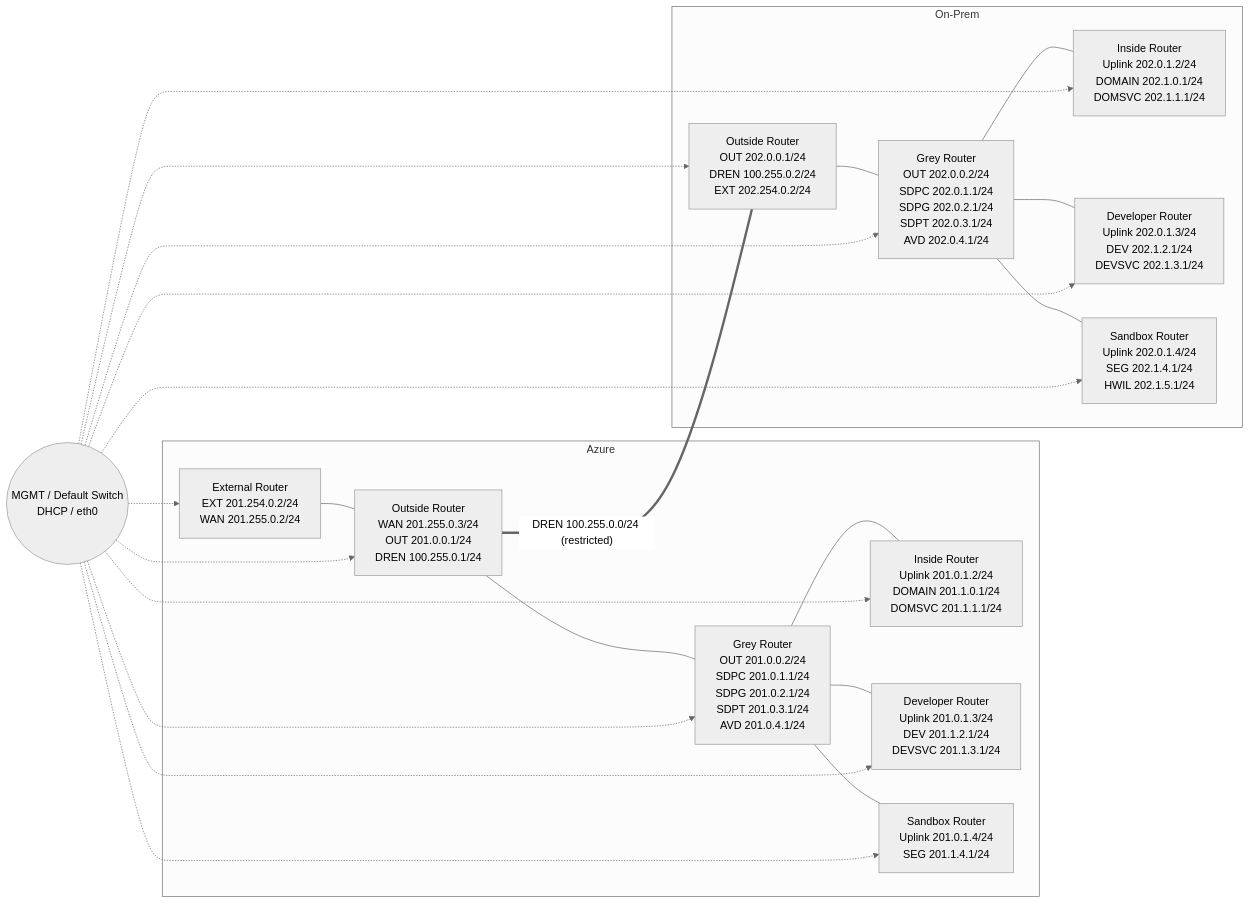
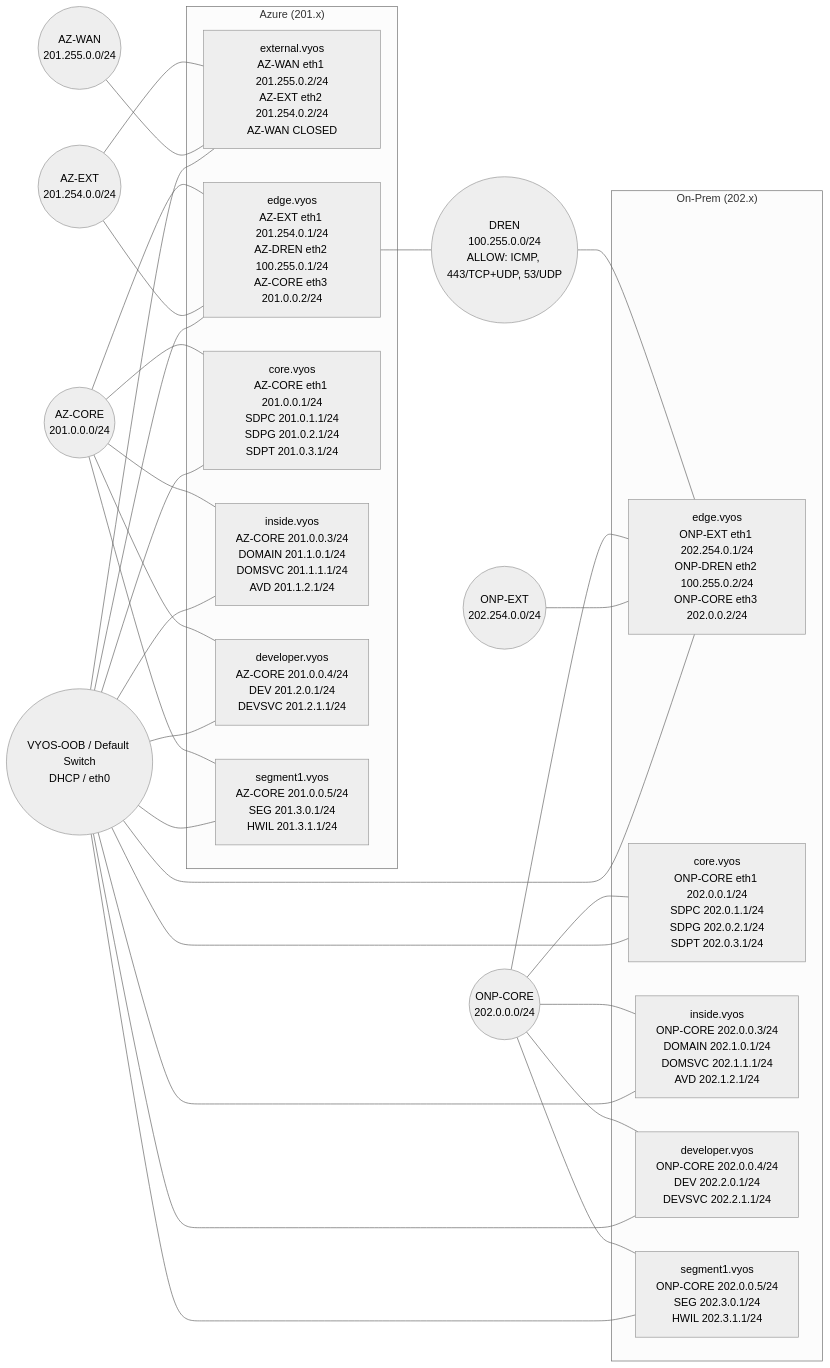
One commit to cantrellr/vyos-appgate-dren-lab changed the diagram in diagrams/topology.mmd. Above: the diagram before and after it, drawn with Mermaid (neutral theme). The commit also changed 56 other files, not shown here.

Commit message:
Updated diagrams

```diff
--- a/diagrams/topology.mmd
+++ b/diagrams/topology.mmd
@@ -1,43 +1,64 @@
-%% eth0 = MGMT via Hyper-V Default Switch (DHCP) for all nodes
+%% eth0 = VYOS-OOB via Hyper-V Default Switch (DHCP) for all routers
 flowchart LR
-  MGMT(("MGMT / Default Switch\nDHCP / eth0"))
-  subgraph AZ[Azure]
-    EXT[External Router\nEXT 201.254.0.2/24\nWAN 201.255.0.2/24]
-    OUT[Outside Router\nWAN 201.255.0.3/24\nOUT 201.0.0.1/24\nDREN 100.255.0.1/24]
-    GREY[Grey Router\nOUT 201.0.0.2/24\nSDPC 201.0.1.1/24\nSDPG 201.0.2.1/24\nSDPT 201.0.3.1/24\nAVD 201.0.4.1/24]
-    INS[Inside Router\nUplink 201.0.1.2/24\nDOMAIN 201.1.0.1/24\nDOMSVC 201.1.1.1/24]
-    DEV[Developer Router\nUplink 201.0.1.3/24\nDEV 201.1.2.1/24\nDEVSVC 201.1.3.1/24]
-    SBX[Sandbox Router\nUplink 201.0.1.4/24\nSEG 201.1.4.1/24]
+  MGMT(("VYOS-OOB / Default Switch<br>DHCP / eth0"))
 
-    EXT --- OUT
-    OUT --- GREY
-    GREY --- INS
-    GREY --- DEV
-    GREY --- SBX
+  %% Azure
+  subgraph AZ["Azure (201.x)"]
+    AZ_EXT["external.vyos<br>AZ-WAN eth1 201.255.0.2/24<br>AZ-EXT eth2 201.254.0.2/24<br>AZ-WAN CLOSED"]
+    AZ_EDGE["edge.vyos<br>AZ-EXT eth1 201.254.0.1/24<br>AZ-DREN eth2 100.255.0.1/24<br>AZ-CORE eth3 201.0.0.2/24"]
+    AZ_CORE["core.vyos<br>AZ-CORE eth1 201.0.0.1/24<br>SDPC 201.0.1.1/24<br>SDPG 201.0.2.1/24<br>SDPT 201.0.3.1/24"]
+    AZ_INSIDE["inside.vyos<br>AZ-CORE 201.0.0.3/24<br>DOMAIN 201.1.0.1/24<br>DOMSVC 201.1.1.1/24<br>AVD 201.1.2.1/24"]
+    AZ_DEV["developer.vyos<br>AZ-CORE 201.0.0.4/24<br>DEV 201.2.0.1/24<br>DEVSVC 201.2.1.1/24"]
+    AZ_SEG1["segment1.vyos<br>AZ-CORE 201.0.0.5/24<br>SEG 201.3.0.1/24<br>HWIL 201.3.1.1/24"]
   end
 
-  subgraph ONP[On-Prem]
-    OUT2[Outside Router\nOUT 202.0.0.1/24\nDREN 100.255.0.2/24\nEXT 202.254.0.2/24]
-    GREY2[Grey Router\nOUT 202.0.0.2/24\nSDPC 202.0.1.1/24\nSDPG 202.0.2.1/24\nSDPT 202.0.3.1/24\nAVD 202.0.4.1/24]
-    INS2[Inside Router\nUplink 202.0.1.2/24\nDOMAIN 202.1.0.1/24\nDOMSVC 202.1.1.1/24]
-    DEV2[Developer Router\nUplink 202.0.1.3/24\nDEV 202.1.2.1/24\nDEVSVC 202.1.3.1/24]
-    SBX2[Sandbox Router\nUplink 202.0.1.4/24\nSEG 202.1.4.1/24\nHWIL 202.1.5.1/24]
-
-    OUT2 --- GREY2
-    GREY2 --- INS2
-    GREY2 --- DEV2
-    GREY2 --- SBX2
+  %% On-prem
+  subgraph ONP["On-Prem (202.x)"]
+    ONP_EDGE["edge.vyos<br>ONP-EXT eth1 202.254.0.1/24<br>ONP-DREN eth2 100.255.0.2/24<br>ONP-CORE eth3 202.0.0.2/24"]
+    ONP_CORE["core.vyos<br>ONP-CORE eth1 202.0.0.1/24<br>SDPC 202.0.1.1/24<br>SDPG 202.0.2.1/24<br>SDPT 202.0.3.1/24"]
+    ONP_INSIDE["inside.vyos<br>ONP-CORE 202.0.0.3/24<br>DOMAIN 202.1.0.1/24<br>DOMSVC 202.1.1.1/24<br>AVD 202.1.2.1/24"]
+    ONP_DEV["developer.vyos<br>ONP-CORE 202.0.0.4/24<br>DEV 202.2.0.1/24<br>DEVSVC 202.2.1.1/24"]
+    ONP_SEG1["segment1.vyos<br>ONP-CORE 202.0.0.5/24<br>SEG 202.3.0.1/24<br>HWIL 202.3.1.1/24"]
   end
 
-  OUT ===|"DREN 100.255.0.0/24 (restricted)"| OUT2
-  MGMT -.-> EXT
-  MGMT -.-> OUT
-  MGMT -.-> GREY
-  MGMT -.-> INS
-  MGMT -.-> DEV
-  MGMT -.-> SBX
-  MGMT -.-> OUT2
-  MGMT -.-> GREY2
-  MGMT -.-> INS2
-  MGMT -.-> DEV2
-  MGMT -.-> SBX2
+  %% Networks
+  AZWAN(("AZ-WAN<br>201.255.0.0/24"))
+  AZEXT(("AZ-EXT<br>201.254.0.0/24"))
+  AZCORENET(("AZ-CORE<br>201.0.0.0/24"))
+  ONPEXT(("ONP-EXT<br>202.254.0.0/24"))
+  ONPCORENET(("ONP-CORE<br>202.0.0.0/24"))
+  DREN(("DREN<br>100.255.0.0/24<br>ALLOW: ICMP, 443/TCP+UDP, 53/UDP"))
+
+  %% mgmt
+  MGMT --- AZ_EXT
+  MGMT --- AZ_EDGE
+  MGMT --- AZ_CORE
+  MGMT --- AZ_INSIDE
+  MGMT --- AZ_DEV
+  MGMT --- AZ_SEG1
+  MGMT --- ONP_EDGE
+  MGMT --- ONP_CORE
+  MGMT --- ONP_INSIDE
+  MGMT --- ONP_DEV
+  MGMT --- ONP_SEG1
+
+  %% Azure links
+  AZWAN --- AZ_EXT
+  AZEXT --- AZ_EXT
+  AZEXT --- AZ_EDGE
+  AZCORENET --- AZ_EDGE
+  AZCORENET --- AZ_CORE
+  AZCORENET --- AZ_INSIDE
+  AZCORENET --- AZ_DEV
+  AZCORENET --- AZ_SEG1
+
+  %% On-prem links
+  ONPEXT --- ONP_EDGE
+  ONPCORENET --- ONP_EDGE
+  ONPCORENET --- ONP_CORE
+  ONPCORENET --- ONP_INSIDE
+  ONPCORENET --- ONP_DEV
+  ONPCORENET --- ONP_SEG1
+
+  %% DREN
+  AZ_EDGE --- DREN --- ONP_EDGE
```
